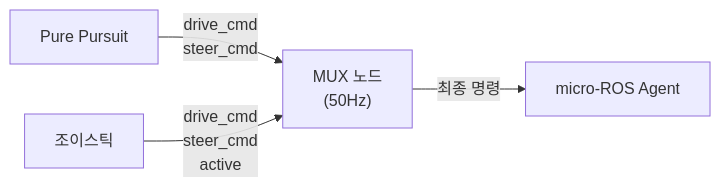
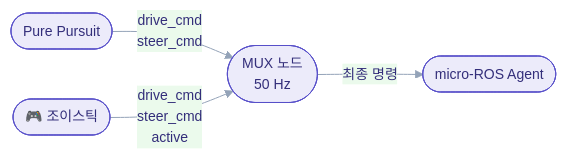
Before and after one commit to GeonHoong/1_10-autonomous-race: the second of 4 diagrams in README.md, drawn with Mermaid. The commit also changed other lines of this file, not shown here.

Commit message:
Restyle mermaid diagrams: rounded/colored nodes instead of flat gray boxes, add banner

````diff
--- a/README.md
+++ b/README.md
@@ -54,6 +70,10 @@
 ```mermaid
+%%{init: {'theme':'base', 'themeVariables': {
+  'primaryColor':'#ecebfa','primaryBorderColor':'#5850c9','primaryTextColor':'#332e7a',
+  'lineColor':'#94a3b8','fontFamily':'Pretendard, -apple-system, Segoe UI, sans-serif','fontSize':'14px'
+}}}%%
 flowchart LR
-    PP["Pure Pursuit"] -- "drive_cmd\nsteer_cmd" --> MUX["MUX 노드\n(50Hz)"]
-    JOY["조이스틱"] -- "drive_cmd\nsteer_cmd\nactive" --> MUX
-    MUX -- "최종 명령" --> AGENT["micro-ROS Agent"]
+    PP(["Pure Pursuit"]) -- "drive_cmd<br/>steer_cmd" --> MUX(["MUX 노드<br/>50 Hz"])
+    JOY(["🎮 조이스틱"]) -- "drive_cmd<br/>steer_cmd<br/>active" --> MUX
+    MUX -- "최종 명령" --> AGENT(["micro-ROS Agent"])
 ```
````
